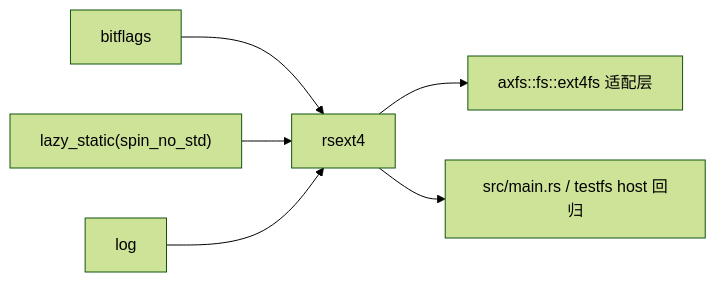
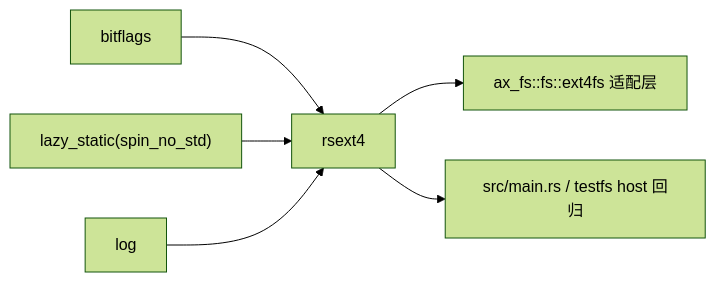
Before and after one commit to rcore-os/tgoskits: the second of 2 diagrams in docs/crates/rsext4.md, drawn with Mermaid (forest theme). The commit also changed other lines of this file and 67 other files, not shown here.

````diff
--- a/docs/crates/rsext4.md
+++ b/docs/crates/rsext4.md
@@ -111,9 +111,9 @@
 ```mermaid
 graph LR
     bitflags["bitflags"] --> current["rsext4"]
     lazy_static["lazy_static(spin_no_std)"] --> current
     log["log"] --> current
 
-    current --> axfs_ext4["axfs::fs::ext4fs 适配层"]
+    current --> axfs_ext4["ax_fs::fs::ext4fs 适配层"]
     current --> host_demo["src/main.rs / testfs host 回归"]
 ```
````
